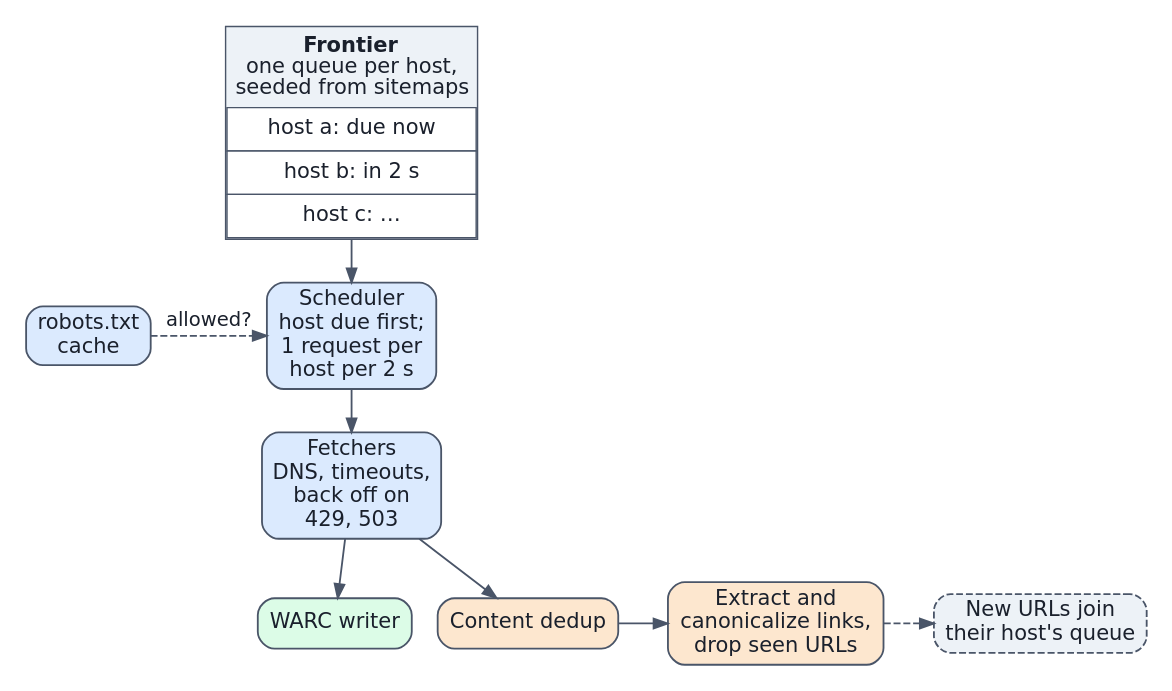
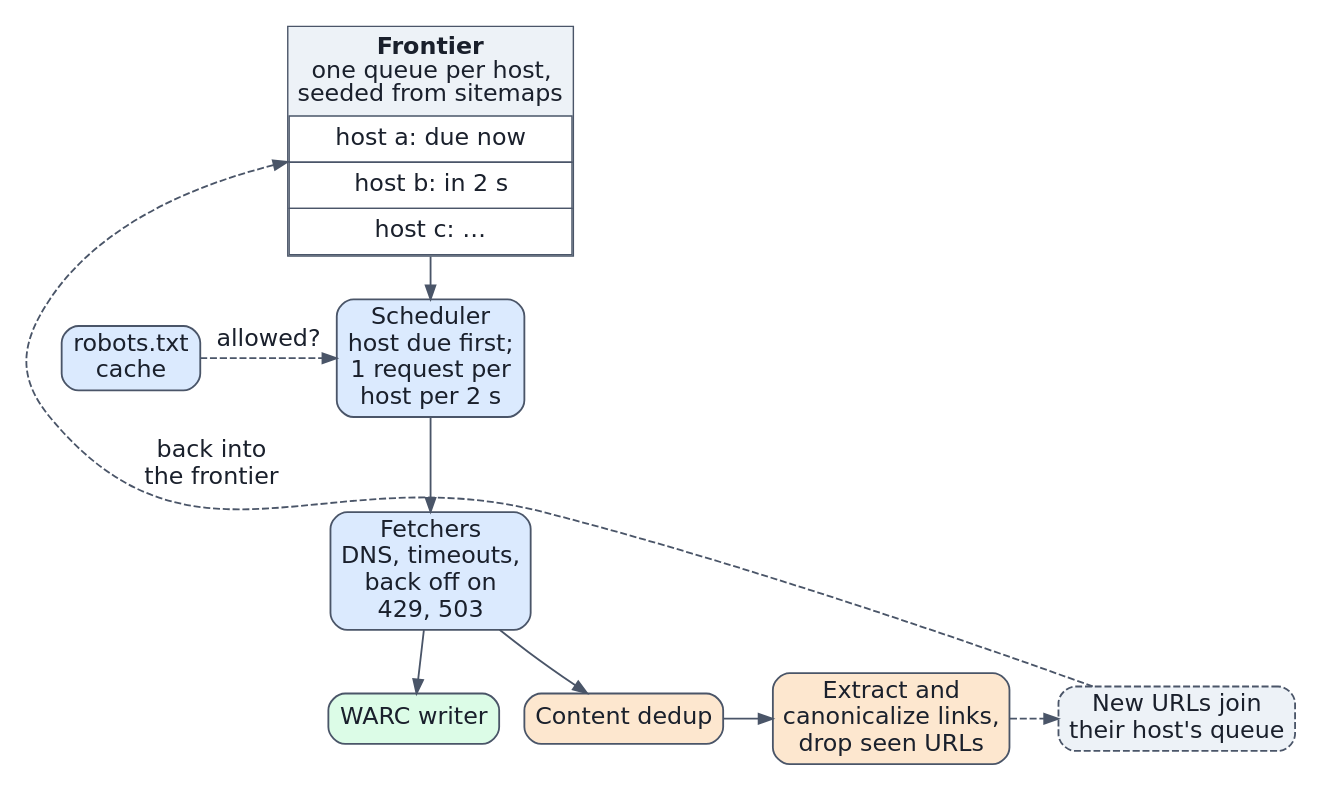
Before and after one commit to Beaker12/llmatlas: the diagram in chapters/03-data-acquisition/figures/crawler-architecture.dot, drawn with Graphviz. The commit also changed 23 other files, not shown here.

```diff
--- a/chapters/03-data-acquisition/figures/crawler-architecture.dot
+++ b/chapters/03-data-acquisition/figures/crawler-architecture.dot
@@ -1,19 +1,20 @@
 digraph crawler_architecture {
-  graph [fontname="DejaVu Sans", fontsize=15, nodesep=0.25, ranksep=0.4, pad=0.15];
-  node [fontname="DejaVu Sans", fontsize=15, fontcolor="#1a202c", shape=box, style="rounded,filled", fillcolor="#ffffff", color="#4a5568", penwidth=1.3]; edge [fontname="DejaVu Sans", fontsize=14, fontcolor="#1a202c", color="#4a5568", penwidth=1.3];
+  graph [fontname="DejaVu Sans", fontsize=17, nodesep=0.25, ranksep=0.4, pad=0.15];
+  node [fontname="DejaVu Sans", fontsize=17, fontcolor="#1a202c", shape=box, style="rounded,filled", fillcolor="#ffffff", color="#4a5568", penwidth=1.3]; edge [fontname="DejaVu Sans", fontsize=17, fontcolor="#1a202c", color="#4a5568", penwidth=1.3];
   frontier [shape=plain, style="", label=<<TABLE BORDER="1" CELLBORDER="1" CELLSPACING="0" CELLPADDING="6" COLOR="#4a5568" BGCOLOR="#edf2f7"><TR><TD BORDER="0"><B>Frontier</B><BR/>one queue per host,<BR/>seeded from sitemaps</TD></TR><TR><TD BGCOLOR="#ffffff">host a: due now</TD></TR><TR><TD BGCOLOR="#ffffff">host b: in 2 s</TD></TR><TR><TD BGCOLOR="#ffffff">host c: …</TD></TR></TABLE>>];
   robots [label="robots.txt\ncache", fillcolor="#dbeafe"];
   sched [label="Scheduler\nhost due first;\n1 request per\nhost per 2 s", fillcolor="#dbeafe"];
   fetchers [label="Fetchers\nDNS, timeouts,\nback off on\n429, 503", fillcolor="#dbeafe"];
   warc [label="WARC writer", fillcolor="#dcfce7"];
   dedup [label="Content dedup", fillcolor="#fde7cf"];
   links [label="Extract and\ncanonicalize links,\ndrop seen URLs", fillcolor="#fde7cf"];
   back [label="New URLs join\ntheir host's queue", style="rounded,filled,dashed", fillcolor="#edf2f7"];
   frontier -> sched;
   robots -> sched [style=dashed, label=" allowed?"];
   sched -> fetchers -> warc;
   fetchers -> dedup -> links;
   links -> back [style=dashed];
+  back -> frontier [style=dashed, constraint=false, label=" back into\n the frontier"];
   {rank=same; sched; robots}
   {rank=same; warc; dedup; links; back}
 }
```
